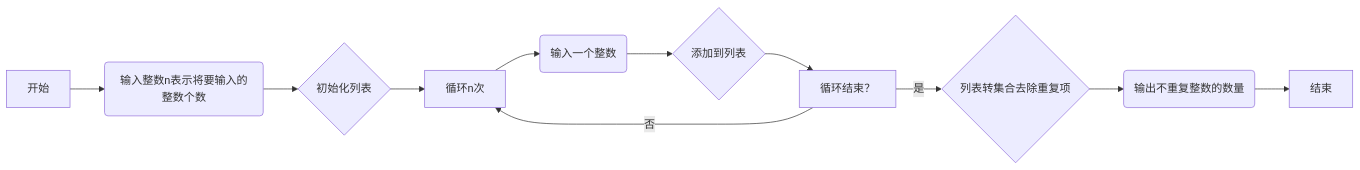
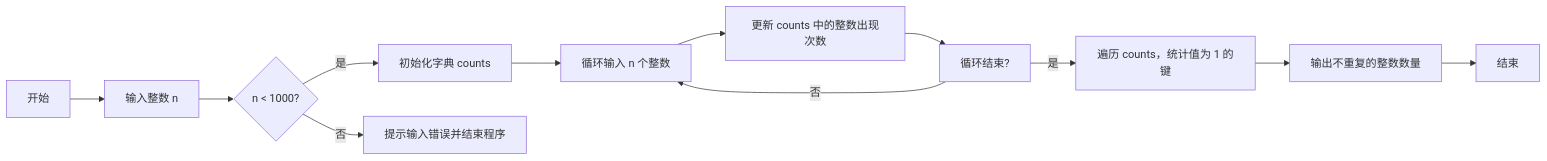
Before and after one commit to GMyhf/2024fall-cs101: the first of 3 diagrams in written_exam/written_exam_20241210.md, drawn with Mermaid. The commit also changed other lines of this file, not shown here.

````diff
--- a/written_exam/written_exam_20241210.md
+++ b/written_exam/written_exam_20241210.md
@@ -1740,13 +1740,14 @@
 ```mermaid
-graph LR;
-    A[开始] --> B(输入整数n表示将要输入的整数个数);
-    B --> C{初始化列表};
-    C --> D[循环n次];
-    D --> E(输入一个整数);
-    E --> F{添加到列表};
-    F --> G[循环结束？];
-    G -- 是 --> H{列表转集合去除重复项};
-    G -- 否 --> D;
-    H --> I(输出不重复整数的数量);
-    I --> J[结束];
+graph LR
+    A[开始] --> B[输入整数 n]
+    B --> C{n < 1000?}
+    C -- 是 --> D[初始化字典 counts]
+    C -- 否 --> E[提示输入错误并结束程序]
+    D --> F[循环输入 n 个整数]
+    F --> G[更新 counts 中的整数出现次数]
+    G --> H[循环结束?]
+    H -- 否 --> F
+    H -- 是 --> I[遍历 counts，统计值为 1 的键]
+    I --> J[输出不重复的整数数量]
+    J --> K[结束]
 ```
````
